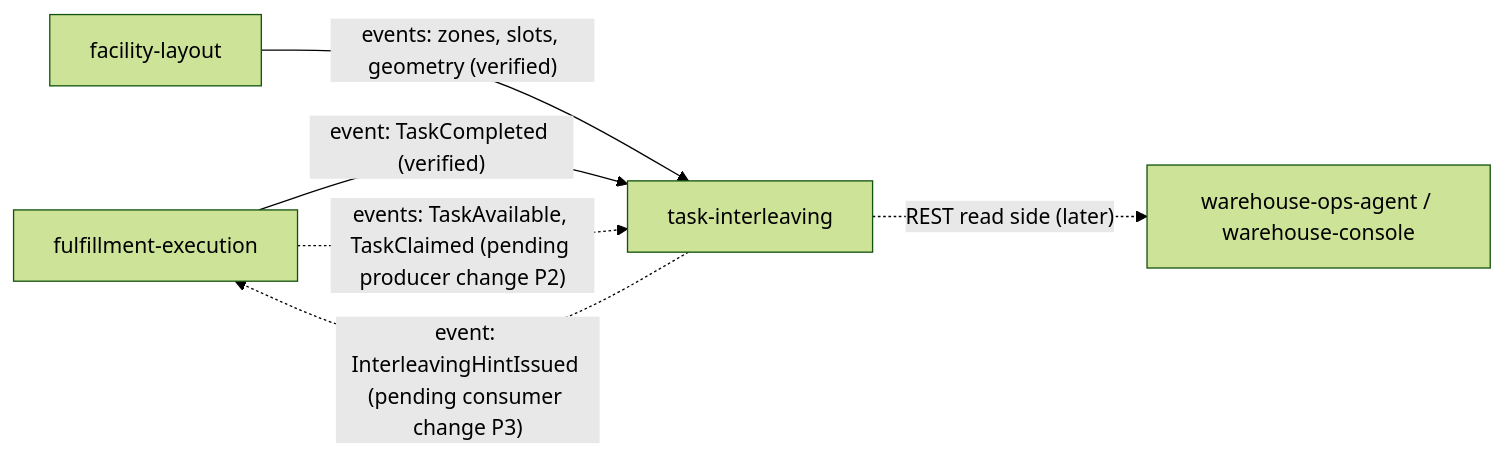
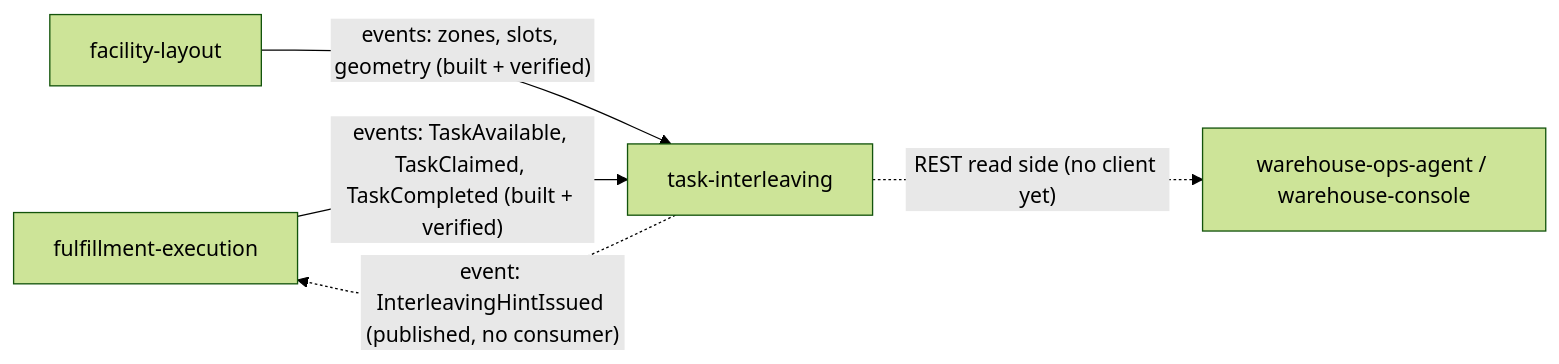
Before and after one commit to IQVO/task-interleaving: the diagram in docs/docs/ecosystem/integration.md, drawn with Mermaid (forest theme). The commit also changed other lines of this file and 6 other files, not shown here.

````diff
--- a/docs/docs/ecosystem/integration.md
+++ b/docs/docs/ecosystem/integration.md
@@ -26,12 +26,11 @@
 ```mermaid
 flowchart LR
     FE["fulfillment-execution"]
     FL["facility-layout"]
     TI["task-interleaving"]
     OA["warehouse-ops-agent / warehouse-console"]
-    FL -- "events: zones, slots, geometry (verified)" --> TI
-    FE -- "event: TaskCompleted (verified)" --> TI
-    FE -. "events: TaskAvailable, TaskClaimed (pending producer change P2)" .-> TI
-    TI -. "event: InterleavingHintIssued (pending consumer change P3)" .-> FE
-    TI -. "REST read side (later)" .-> OA
+    FL -- "events: zones, slots, geometry (built + verified)" --> TI
+    FE -- "events: TaskAvailable, TaskClaimed, TaskCompleted (built + verified)" --> TI
+    TI -. "event: InterleavingHintIssued (published, no consumer)" .-> FE
+    TI -. "REST read side (no client yet)" .-> OA
 ```
````
